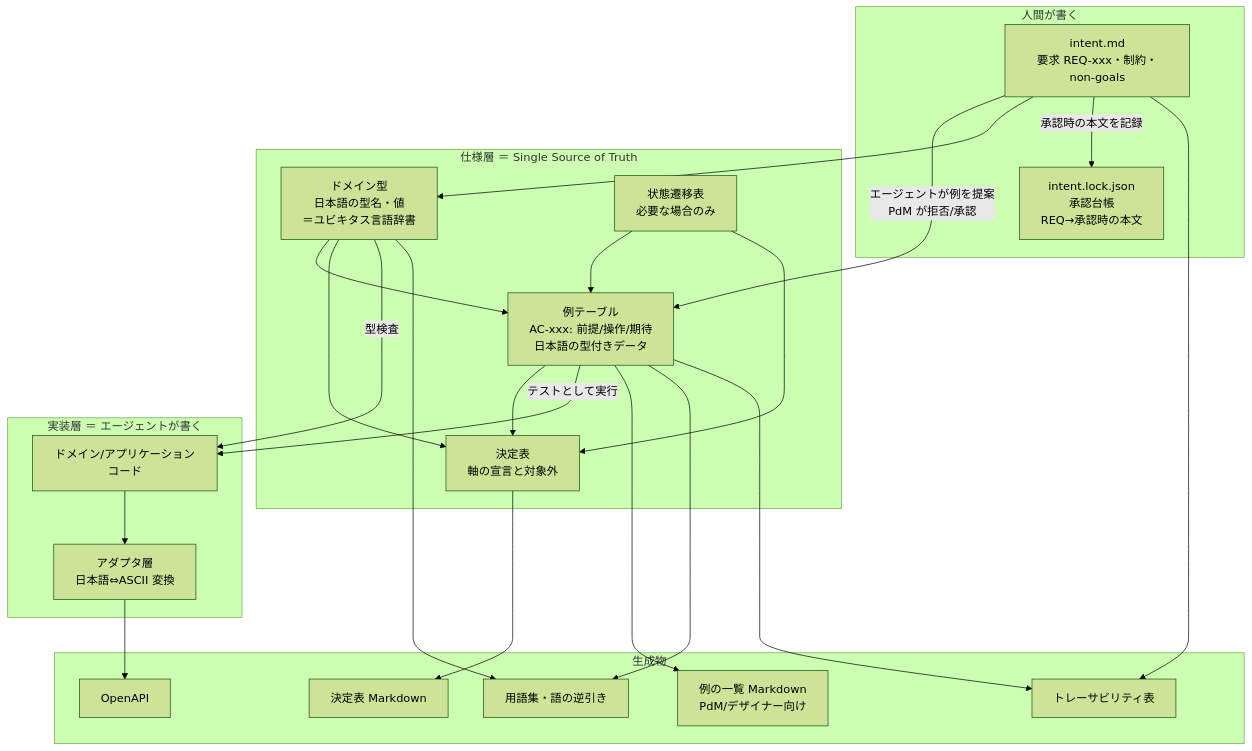
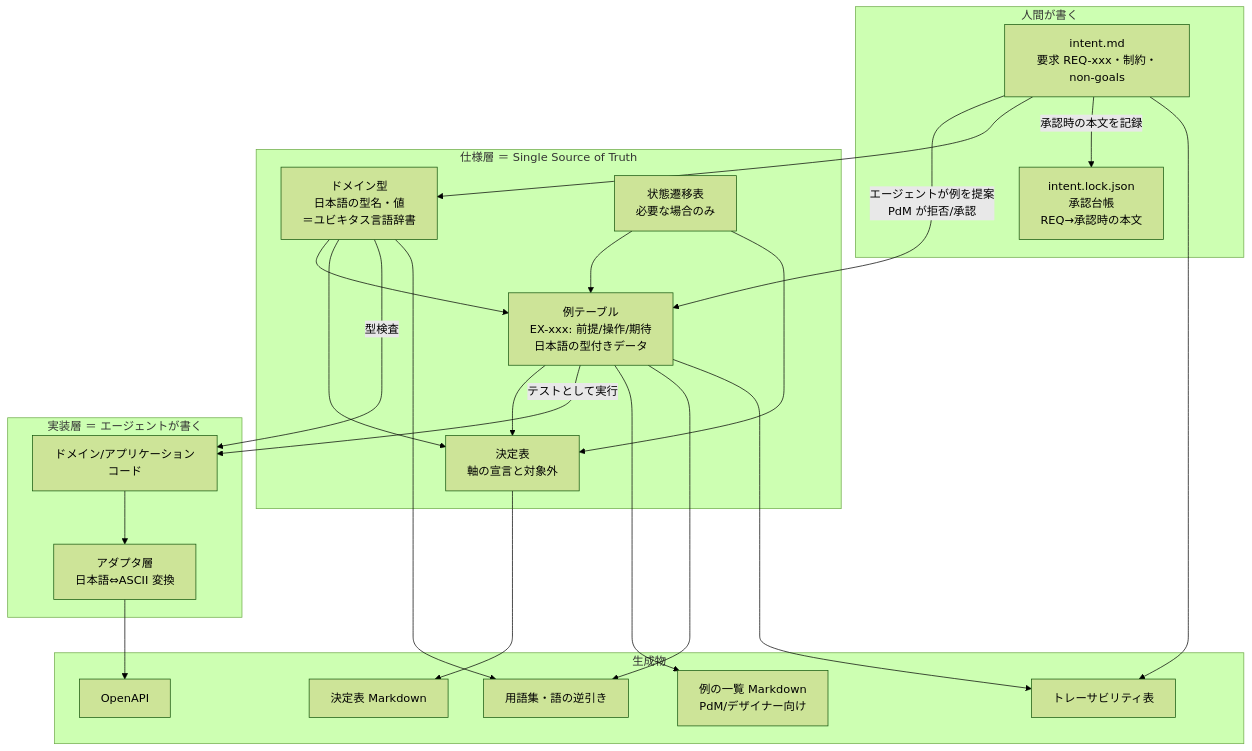
One commit to kuchita-el/claude-shared-skills changed the first of 3 diagrams in docs/development/spec-as-code/design.md. Above: the diagram before and after it, drawn with Mermaid (forest theme). The commit also changed other lines of this file, not shown here.

````diff
--- a/docs/development/spec-as-code/design.md
+++ b/docs/development/spec-as-code/design.md
@@ -36,42 +36,42 @@
 ```mermaid
 flowchart TD
     subgraph human["人間が書く"]
         I[intent.md<br/>要求 REQ-xxx・制約・non-goals]
         L[intent.lock.json<br/>承認台帳<br/>REQ→承認時の本文]
     end
     subgraph spec["仕様層 ＝ Single Source of Truth"]
         T[ドメイン型<br/>日本語の型名・値<br/>＝ユビキタス言語辞書]
-        E[例テーブル<br/>AC-xxx: 前提/操作/期待<br/>日本語の型付きデータ]
+        E[例テーブル<br/>EX-xxx: 前提/操作/期待<br/>日本語の型付きデータ]
         S[状態遷移表<br/>必要な場合のみ]
         X[決定表<br/>軸の宣言と対象外]
     end
     subgraph impl["実装層 ＝ エージェントが書く"]
         C[ドメイン/アプリケーションコード]
         AD[アダプタ層<br/>日本語⇔ASCII 変換]
     end
     subgraph generated["生成物"]
         D1[例の一覧 Markdown<br/>PdM/デザイナー向け]
         D2[トレーサビリティ表]
         D3[OpenAPI]
         D4[用語集・語の逆引き]
         D5[決定表 Markdown]
     end
     I -->|エージェントが例を提案<br/>PdM が拒否/承認| E
     I --> T
     I -->|承認時の本文を記録| L
     T --> E
     S --> E
     T --> X
     S --> X
     E --> X
     E -->|テストとして実行| C
     T -->|型検査| C
     C --> AD
     E --> D1
     X --> D5
     T --> D4
     E --> D4
     E --> D2
     I --> D2
     AD --> D3
 ```
````
